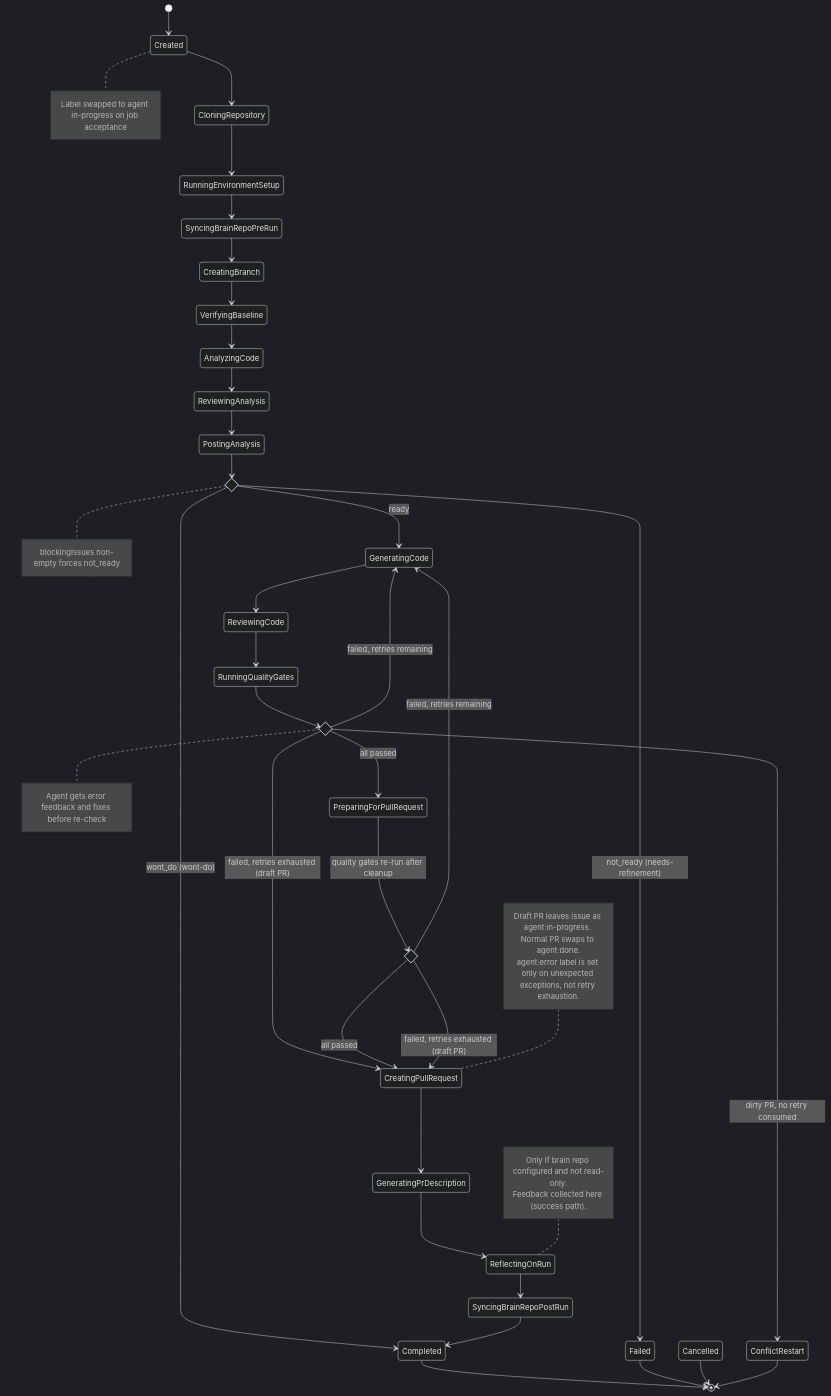
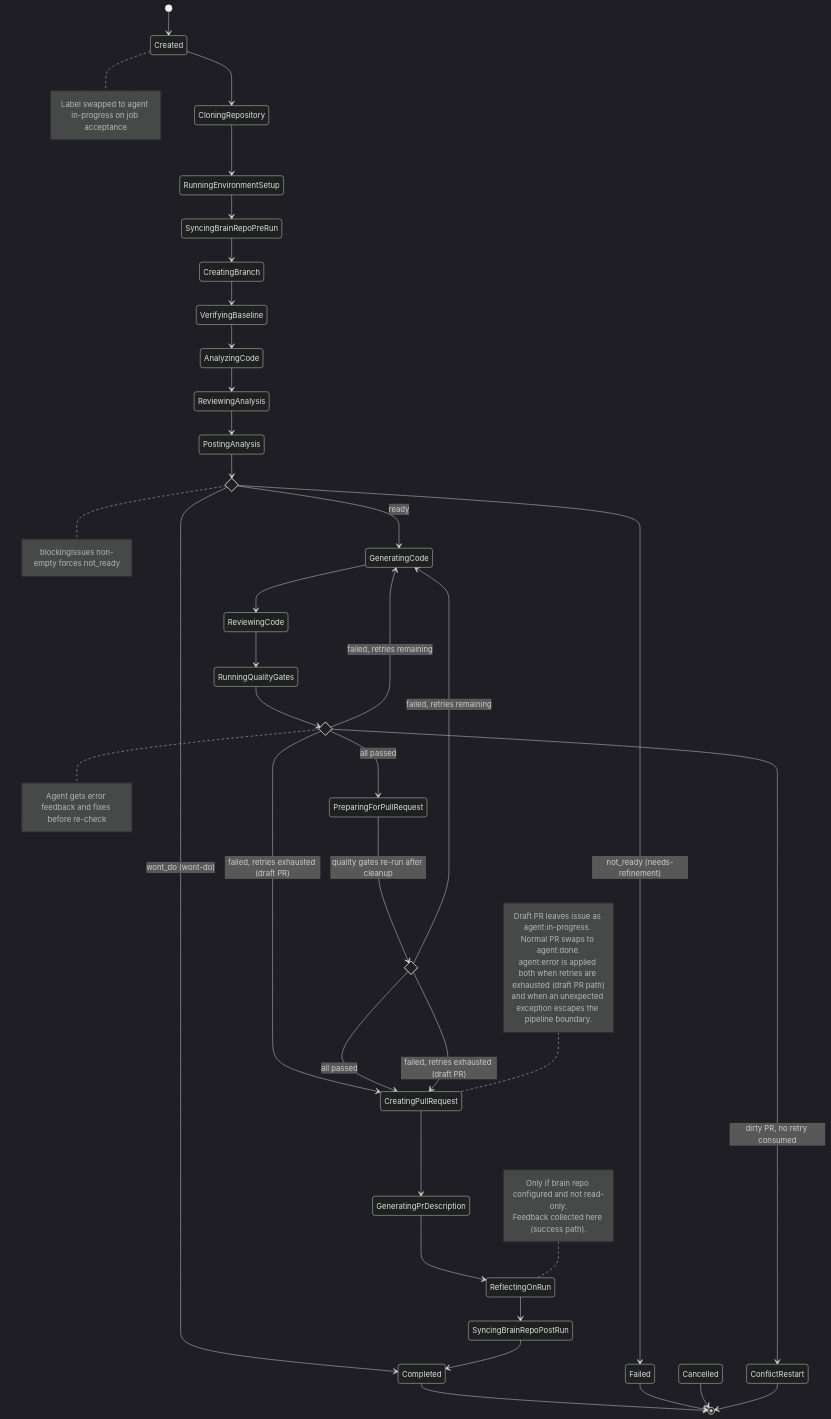
Before and after one commit to Chemsorly/coding-agent-automation: the first of 9 diagrams in docs/pipeline-orchestration.md, drawn with Mermaid (dark theme).

Commit message:
feat: docs/pipeline-orchestration.md mermaid note incorrectly states agent:error only set on unexpected exceptions (#2468)
Automated implementation via pipeline

````diff
--- a/docs/pipeline-orchestration.md
+++ b/docs/pipeline-orchestration.md
@@ -49,63 +49,64 @@
 ```mermaid
 stateDiagram-v2
     direction TB
 
     [*] --> Created
     Created --> CloningRepository
     CloningRepository --> RunningEnvironmentSetup
     RunningEnvironmentSetup --> SyncingBrainRepoPreRun
     SyncingBrainRepoPreRun --> CreatingBranch
     CreatingBranch --> VerifyingBaseline
     VerifyingBaseline --> AnalyzingCode
     AnalyzingCode --> ReviewingAnalysis
     ReviewingAnalysis --> PostingAnalysis
 
     state ConfidenceGate <<choice>>
     PostingAnalysis --> ConfidenceGate
     ConfidenceGate --> GeneratingCode : ready
     ConfidenceGate --> Failed : not_ready (needs-refinement)
     ConfidenceGate --> Completed : wont_do (wont-do)
     GeneratingCode --> ReviewingCode
     ReviewingCode --> RunningQualityGates
 
     state QualityGateDecision <<choice>>
     RunningQualityGates --> QualityGateDecision
     QualityGateDecision --> PreparingForPullRequest : all passed
     QualityGateDecision --> GeneratingCode : failed, retries remaining
     QualityGateDecision --> CreatingPullRequest : failed, retries exhausted (draft PR)
     QualityGateDecision --> ConflictRestart : dirty PR, no retry consumed
 
     state FinalQualityCheck <<choice>>
     PreparingForPullRequest --> FinalQualityCheck : quality gates re-run after cleanup
     FinalQualityCheck --> CreatingPullRequest : all passed
     FinalQualityCheck --> GeneratingCode : failed, retries remaining
     FinalQualityCheck --> CreatingPullRequest : failed, retries exhausted (draft PR)
 
     CreatingPullRequest --> GeneratingPrDescription
     GeneratingPrDescription --> ReflectingOnRun
     ReflectingOnRun --> SyncingBrainRepoPostRun
     SyncingBrainRepoPostRun --> Completed
 
     Completed --> [*]
     Failed --> [*]
     Cancelled --> [*]
     ConflictRestart --> [*]
 
     note right of Created
         Label swapped to agent in-progress on job acceptance
     end note
     note right of ConfidenceGate
         blockingIssues non-empty forces not_ready
     end note
     note right of QualityGateDecision
         Agent gets error feedback and fixes before re-check
     end note
     note left of CreatingPullRequest
         Draft PR leaves issue as agent:in-progress. Normal PR swaps to agent:done.
-        agent:error label is set only on unexpected exceptions, not retry exhaustion.
+        agent:error is applied both when retries are exhausted (draft PR path)
+        and when an unexpected exception escapes the pipeline boundary.
     end note
     note left of ReflectingOnRun
         Only if brain repo configured and not read-only.
         Feedback collected here (success path).
     end note
 ```
````
